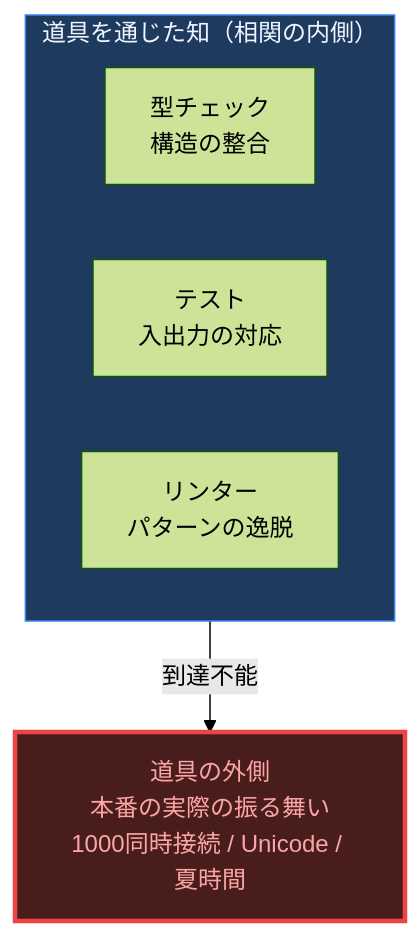
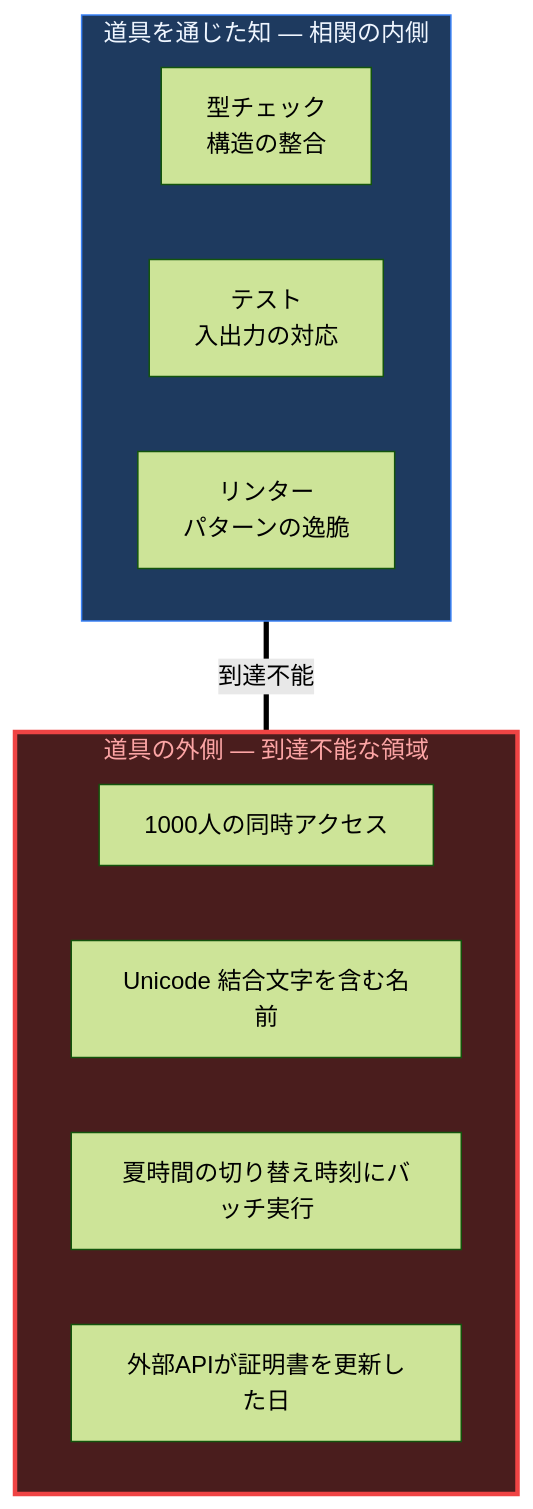
Before and after one commit to ohyesiamy/web-anomaly-detector: the seventh of 13 diagrams in ABSTRACT.md, drawn with Mermaid (forest theme). The commit also changed other lines of this file and 1 other file, not shown here.

First line of the commit message:
docs: Mermaid ダイアグラムでビジュアル大幅強化

````diff
--- a/ABSTRACT.md
+++ b/ABSTRACT.md
@@ -213,15 +266,20 @@
 ```mermaid
 graph TB
-    subgraph Corr["道具を通じた知（相関の内側）"]
+    subgraph Inside["道具を通じた知 — 相関の内側"]
         T["型チェック\n構造の整合"]
         Te["テスト\n入出力の対応"]
-        Li["リンター\nパターンの逸脱"]
+        Li["リンター\nパターンの逸脆"]
     end
 
-    Outside["道具の外側\n本番の実際の振る舞い\n1000同時接続 / Unicode / 夏時間\n"]
+    subgraph Outside["道具の外側 — 到達不能な領域"]
+        O1["1000人の同時アクセス"]
+        O2["Unicode 結合文字を含む名前"]
+        O3["夏時間の切り替え時刻にバッチ実行"]
+        O4["外部APIが証明書を更新した日"]
+    end
 
-    Corr -->|"到達不能"| Outside
+    Inside ===|"到達不能"| Outside
 
-    style Corr fill:#1e3a5f,stroke:#3b82f6,color:#eff6ff
+    style Inside fill:#1e3a5f,stroke:#3b82f6,color:#eff6ff
     style Outside fill:#4a1d1d,stroke:#ef4444,color:#fca5a5,stroke-width:3px
 ```
````
